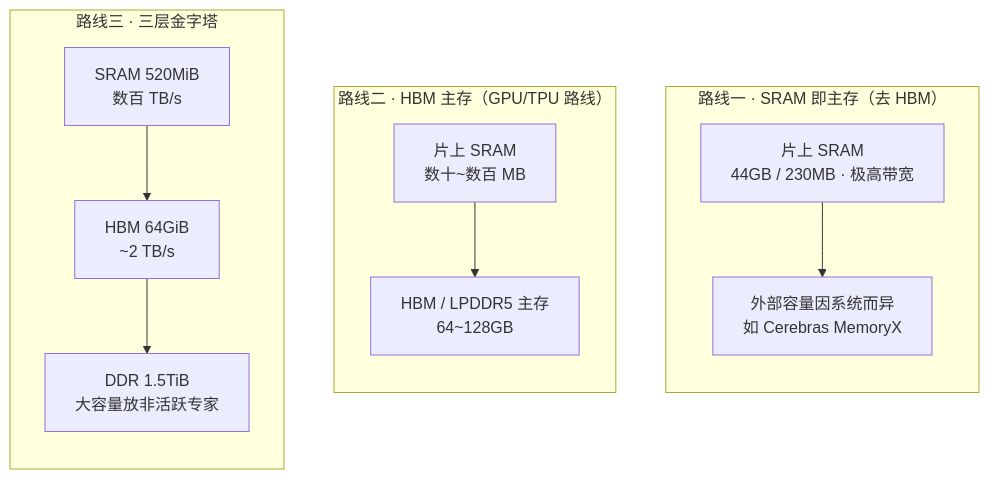
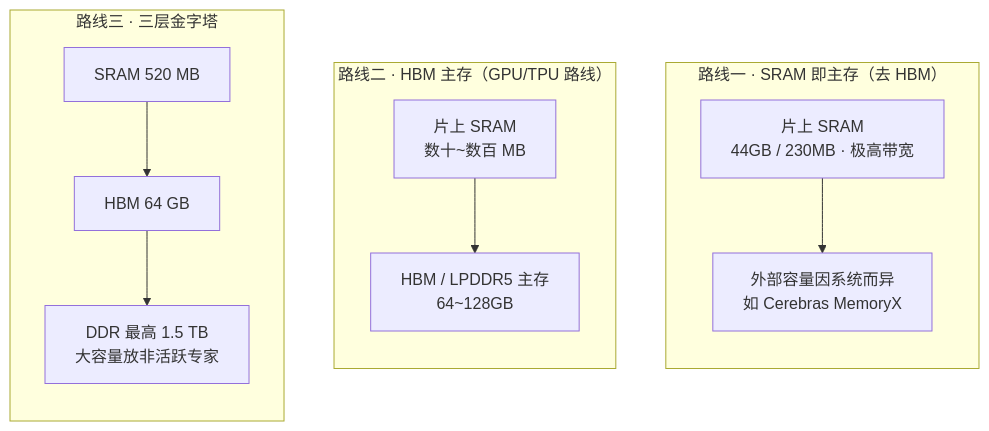
Before and after one commit to microarch-flow/wiki: the fifth of 17 diagrams in series/chip-architectures/云端推理芯片架构横向对比报告.md, drawn with Mermaid. The commit also changed other lines of this file and 4 other files, not shown here.

Commit message:
docs: qualify chip architecture comparisons

````diff
--- a/series/chip-architectures/云端推理芯片架构横向对比报告.md
+++ b/series/chip-architectures/云端推理芯片架构横向对比报告.md
@@ -197,15 +197,15 @@
 ```mermaid
 graph TB
   subgraph R1["路线一 · SRAM 即主存（去 HBM）"]
     direction TB
     A1["片上 SRAM<br/>44GB / 230MB · 极高带宽"] --> A2["外部容量因系统而异<br/>如 Cerebras MemoryX"]
   end
   subgraph R2["路线二 · HBM 主存（GPU/TPU 路线）"]
     direction TB
     B1["片上 SRAM<br/>数十~数百 MB"] --> B2["HBM / LPDDR5 主存<br/>64~128GB"]
   end
   subgraph R3["路线三 · 三层金字塔"]
     direction TB
-    C1["SRAM 520MiB<br/>数百 TB/s"] --> C2["HBM 64GiB<br/>~2 TB/s"] --> C3["DDR 1.5TiB<br/>大容量放非活跃专家"]
+    C1["SRAM 520 MB"] --> C2["HBM 64 GB"] --> C3["DDR 最高 1.5 TB<br/>大容量放非活跃专家"]
   end
 ```
````
